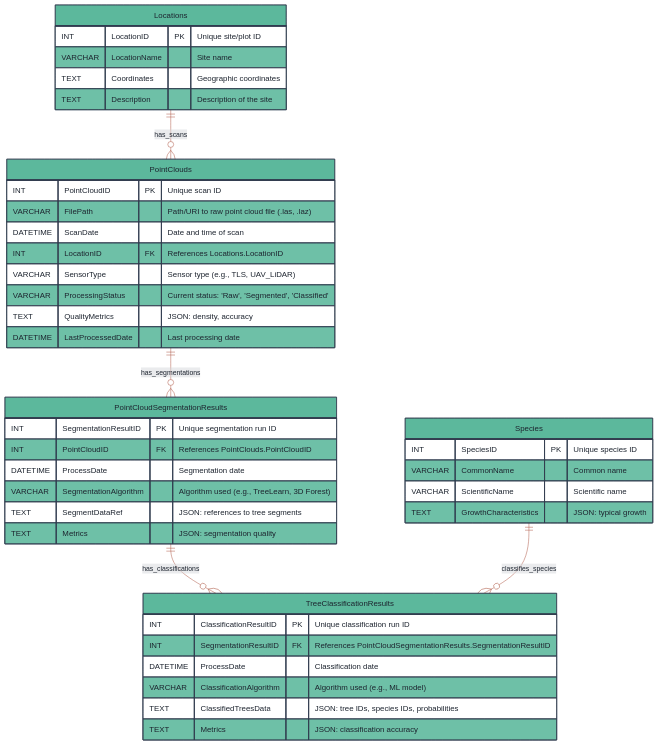
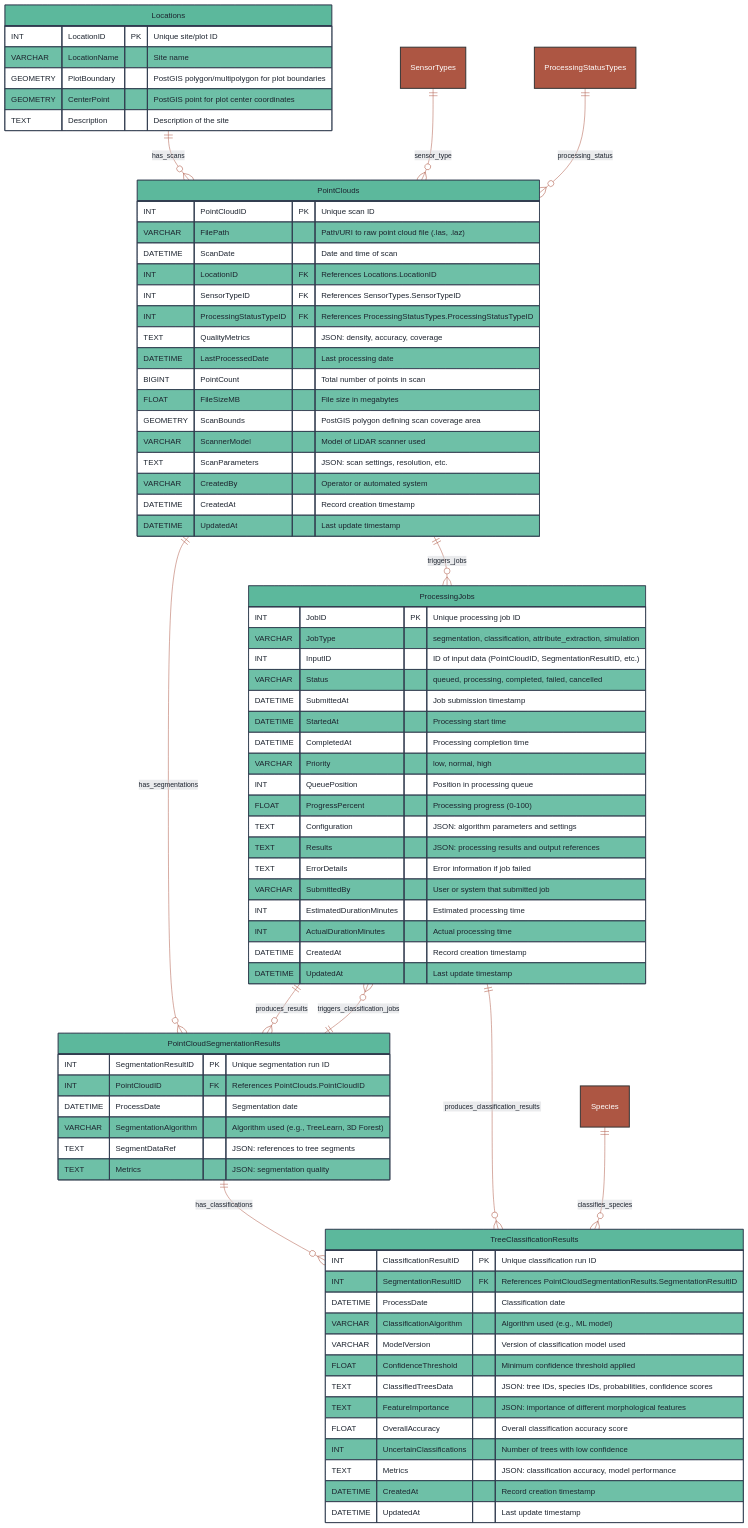
One commit to XRFutureForests/digital-twin-db changed the second of 7 diagrams in docs/database_design.md. Above: the diagram before and after it, drawn with Mermaid. The commit also changed other lines of this file and 4 other files, not shown here.

````diff
--- a/docs/database_design.md
+++ b/docs/database_design.md
@@ -31,10 +76,17 @@
   }
 }%%
 erDiagram
+    ProcessingStatusTypes
+
+    SensorTypes
+
+    Species
+
     Locations {
         INT LocationID PK "Unique site/plot ID"
         VARCHAR LocationName "Site name"
-        TEXT Coordinates "Geographic coordinates"
+        GEOMETRY PlotBoundary "PostGIS polygon/multipolygon for plot boundaries"
+        GEOMETRY CenterPoint "PostGIS point for plot center coordinates"
         TEXT Description "Description of the site"
     }
 
@@ -43,10 +95,39 @@
         VARCHAR FilePath "Path/URI to raw point cloud file (.las, .laz)"
         DATETIME ScanDate "Date and time of scan"
         INT LocationID FK "References Locations.LocationID"
-        VARCHAR SensorType "Sensor type (e.g., TLS, UAV_LiDAR)"
-        VARCHAR ProcessingStatus "Current status: 'Raw', 'Segmented', 'Classified'"
-        TEXT QualityMetrics "JSON: density, accuracy"
+        INT SensorTypeID FK "References SensorTypes.SensorTypeID"
+        INT ProcessingStatusTypeID FK "References ProcessingStatusTypes.ProcessingStatusTypeID"
+        TEXT QualityMetrics "JSON: density, accuracy, coverage"
         DATETIME LastProcessedDate "Last processing date"
+        BIGINT PointCount "Total number of points in scan"
+        FLOAT FileSizeMB "File size in megabytes"
+        GEOMETRY ScanBounds "PostGIS polygon defining scan coverage area"
+        VARCHAR ScannerModel "Model of LiDAR scanner used"
+        TEXT ScanParameters "JSON: scan settings, resolution, etc."
+        VARCHAR CreatedBy "Operator or automated system"
+        DATETIME CreatedAt "Record creation timestamp"
+        DATETIME UpdatedAt "Last update timestamp"
+    }
+
+    ProcessingJobs {
+        INT JobID PK "Unique processing job ID"
+        VARCHAR JobType "segmentation, classification, attribute_extraction, simulation"
+        INT InputID "ID of input data (PointCloudID, SegmentationResultID, etc.)"
+        VARCHAR Status "queued, processing, completed, failed, cancelled"
+        DATETIME SubmittedAt "Job submission timestamp"
+        DATETIME StartedAt "Processing start time"
+        DATETIME CompletedAt "Processing completion time"
+        VARCHAR Priority "low, normal, high"
+        INT QueuePosition "Position in processing queue"
+        FLOAT ProgressPercent "Processing progress (0-100)"
+        TEXT Configuration "JSON: algorithm parameters and settings"
+        TEXT Results "JSON: processing results and output references"
+        TEXT ErrorDetails "Error information if job failed"
+        VARCHAR SubmittedBy "User or system that submitted job"
+        INT EstimatedDurationMinutes "Estimated processing time"
+        INT ActualDurationMinutes "Actual processing time"
+        DATETIME CreatedAt "Record creation timestamp"
+        DATETIME UpdatedAt "Last update timestamp"
     }
 
     PointCloudSegmentationResults {
@@ -63,19 +144,29 @@
         INT SegmentationResultID FK "References PointCloudSegmentationResults.SegmentationResultID"
         DATETIME ProcessDate "Classification date"
         VARCHAR ClassificationAlgorithm "Algorithm used (e.g., ML model)"
-        TEXT ClassifiedTreesData "JSON: tree IDs, species IDs, probabilities"
-        TEXT Metrics "JSON: classification accuracy"
-    }
-
-    Species {
-        INT SpeciesID PK "Unique species ID"
-        VARCHAR CommonName "Common name"
-        VARCHAR ScientificName "Scientific name"
-        TEXT GrowthCharacteristics "JSON: typical growth"
+        VARCHAR ModelVersion "Version of classification model used"
+        FLOAT ConfidenceThreshold "Minimum confidence threshold applied"
+        TEXT ClassifiedTreesData "JSON: tree IDs, species IDs, probabilities, confidence scores"
+        TEXT FeatureImportance "JSON: importance of different morphological features"
+        FLOAT OverallAccuracy "Overall classification accuracy score"
+        INT UncertainClassifications "Number of trees with low confidence"
+        TEXT Metrics "JSON: classification accuracy, model performance"
+        DATETIME CreatedAt "Record creation timestamp"
+        DATETIME UpdatedAt "Last update timestamp"
     }
 
     Locations ||--o{ PointClouds : has_scans
+    SensorTypes ||--o{ PointClouds : sensor_type
+    ProcessingStatusTypes ||--o{ PointClouds : processing_status
+    PointClouds ||--o{ ProcessingJobs : triggers_jobs
     PointClouds ||--o{ PointCloudSegmentationResults : has_segmentations
+    ProcessingJobs ||--o{ PointCloudSegmentationResults : produces_results
+    PointCloudSegmentationResults ||--o{ ProcessingJobs : triggers_classification_jobs
     PointCloudSegmentationResults ||--o{ TreeClassificationResults : has_classifications
+    ProcessingJobs ||--o{ TreeClassificationResults : produces_classification_results
     Species ||--o{ TreeClassificationResults : classifies_species
+
+    %% Color reference/lookup tables differently
+    classDef refTable fill:#ad5643,stroke:#333,stroke-width:2px,color:#fff
+    class ProcessingStatusTypes,SensorTypes,Species refTable
 ```
````
